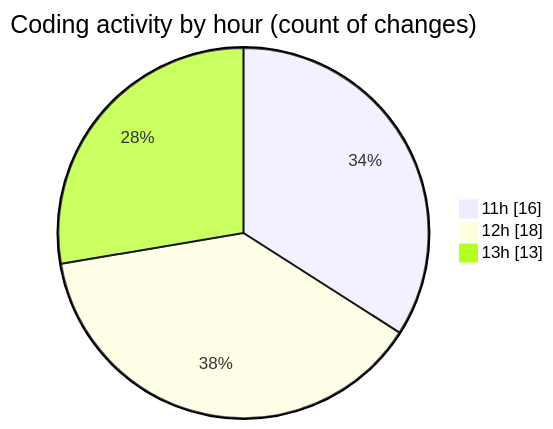
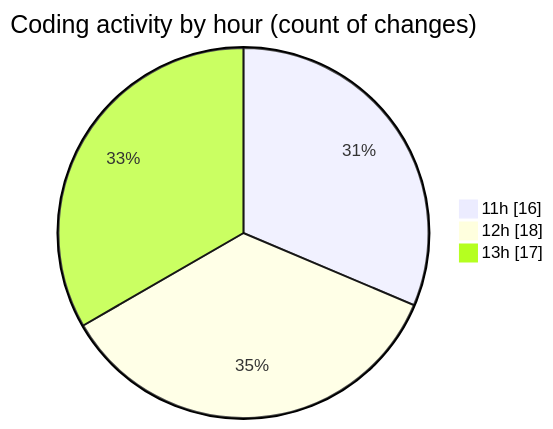
One commit to nxtqubesakshisongat/code-tracking changed the second of 2 diagrams in 2025-10-01/nxtqube_webapp/README.md. Above: the diagram before and after it, drawn with Mermaid. The commit also changed other lines of this file and 1 other file, not shown here.

````diff
--- a/2025-10-01/nxtqube_webapp/README.md
+++ b/2025-10-01/nxtqube_webapp/README.md
@@ -31,7 +31,7 @@
 ```mermaid
 pie showData
 title Coding activity by hour (count of changes)
 "11h" : 16
 "12h" : 18
-"13h" : 13
+"13h" : 17
 ```
````
